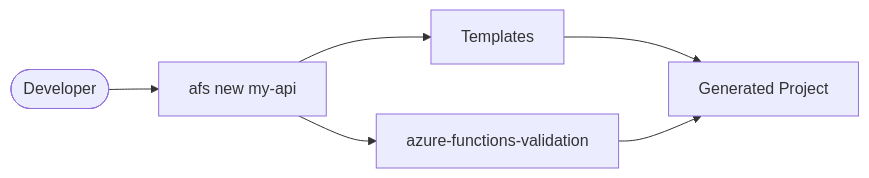
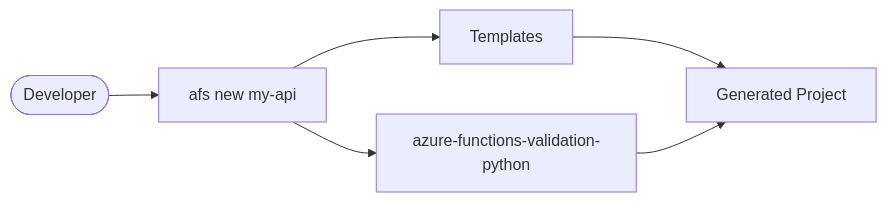
One commit to yeongseon/azure-functions-scaffold changed the diagram in README.md. Above: the diagram before and after it, drawn with Mermaid. The commit also changed other lines of this file and 46 other files, not shown here.

Commit message:
chore: update repo references for azure-functions-{feature}-python naming convention

````diff
--- a/README.md
+++ b/README.md
@@ -21,14 +21,14 @@
 ```mermaid
 flowchart LR
     Dev(["Developer"])
     CLI["afs new my-api"]
     T["Templates"]
     P["Generated Project"]
-    VAL["azure-functions-validation"]
+    VAL["azure-functions-validation-python"]
 
     Dev --> CLI
     CLI --> T
     T --> P
     CLI --> VAL
     VAL --> P
 ```
````
